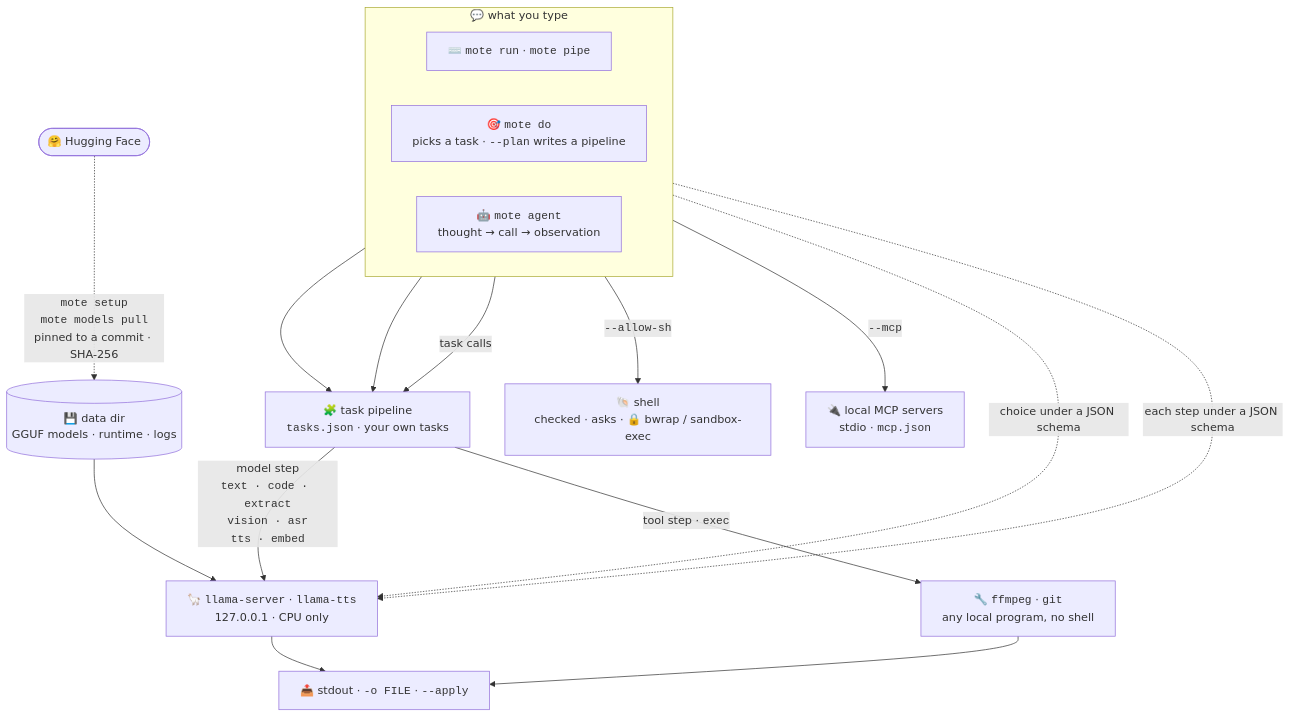
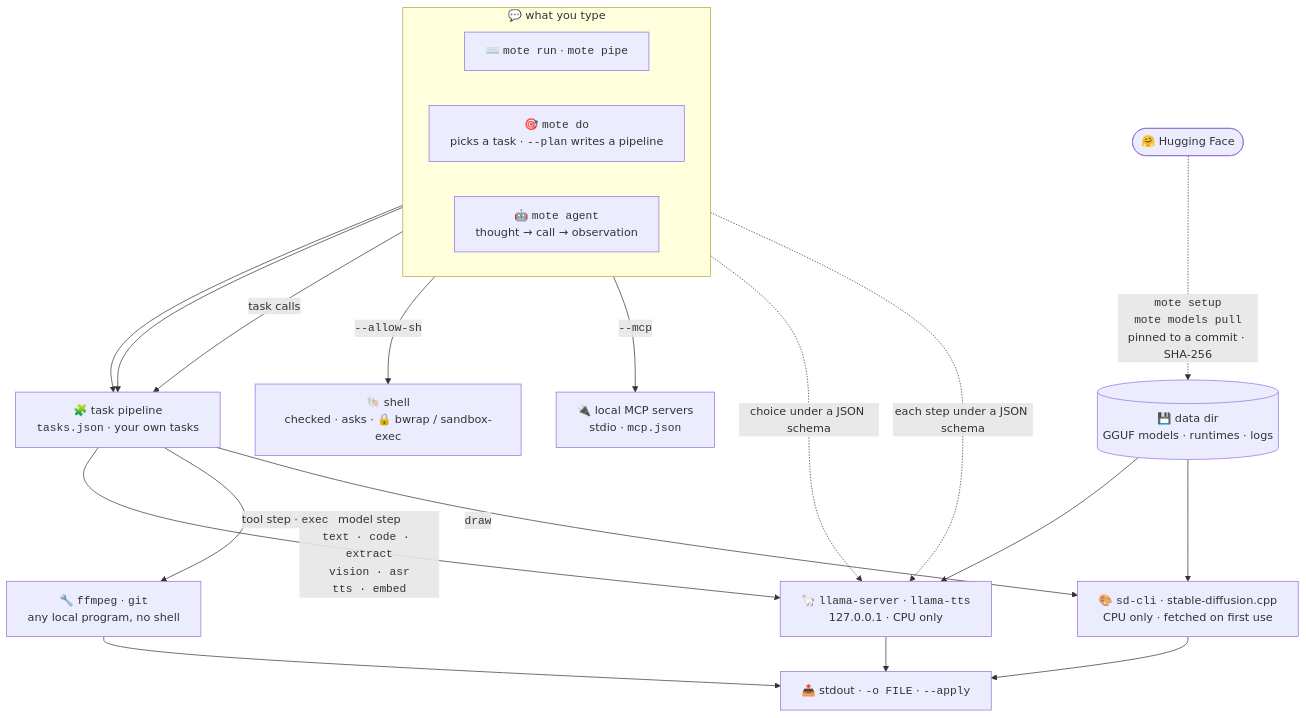
One commit to JGalego/Mote changed the first of 2 diagrams in README.md. Above: the diagram before and after it, drawn with Mermaid. The commit also changed other lines of this file, not shown here.

Commit message:
docs: add stable-diffusion.cpp and the opt-in image capability to the how-it-works diagram

````diff
--- a/README.md
+++ b/README.md
@@ -271,27 +271,30 @@
 ```mermaid
 %%{init: {"flowchart": {"wrappingWidth": 320}}}%%
 flowchart TD
   subgraph ask["💬 what you type"]
     direction LR
     RUN["⌨️ <code>mote run</code> · <code>mote pipe</code>"]
     DO["🎯 <code>mote do</code><br/>picks a task · <code>--plan</code> writes a pipeline"]
     AGENT["🤖 <code>mote agent</code><br/>thought → call → observation"]
   end
 
   RUN --> PIPE["🧩 task pipeline<br/><code>tasks.json</code> · your own tasks"]
   DO --> PIPE
   AGENT -- "task calls" --> PIPE
   AGENT -- "<code>--allow-sh</code>" --> SH["🐚 shell<br/>checked · asks · 🔒 bwrap / sandbox-exec"]
   AGENT -- "<code>--mcp</code>" --> MCP["🔌 local MCP servers<br/>stdio · <code>mcp.json</code>"]
 
   PIPE -- "model step<br/><code>text · code · extract</code><br/><code>vision · asr</code><br/><code>tts · embed</code>" --> LLAMA["🦙 <code>llama-server</code> · <code>llama-tts</code><br/>127.0.0.1 · CPU only"]
   DO -. "choice under a JSON schema" .-> LLAMA
   AGENT -. "each step under a JSON schema" .-> LLAMA
   PIPE -- "tool step · <code>exec</code>" --> TOOLS["🔧 <code>ffmpeg</code> · <code>git</code><br/>any local program, no shell"]
+  PIPE -- "<code>draw</code>" --> SD["🎨 <code>sd-cli</code> · stable-diffusion.cpp<br/>CPU only · fetched on first use"]
 
-  DATA[("💾 data dir<br/>GGUF models · runtime · logs")] --> LLAMA
+  DATA[("💾 data dir<br/>GGUF models · runtimes · logs")] --> LLAMA
+  DATA --> SD
   HF(["🤗 Hugging Face"]) -. "<code>mote setup</code><br/><code>mote models pull</code><br/>pinned to a commit · SHA-256" .-> DATA
 
   LLAMA --> OUT["📤 stdout · <code>-o FILE</code> · <code>--apply</code>"]
   TOOLS --> OUT
+  SD --> OUT
 ```
````
